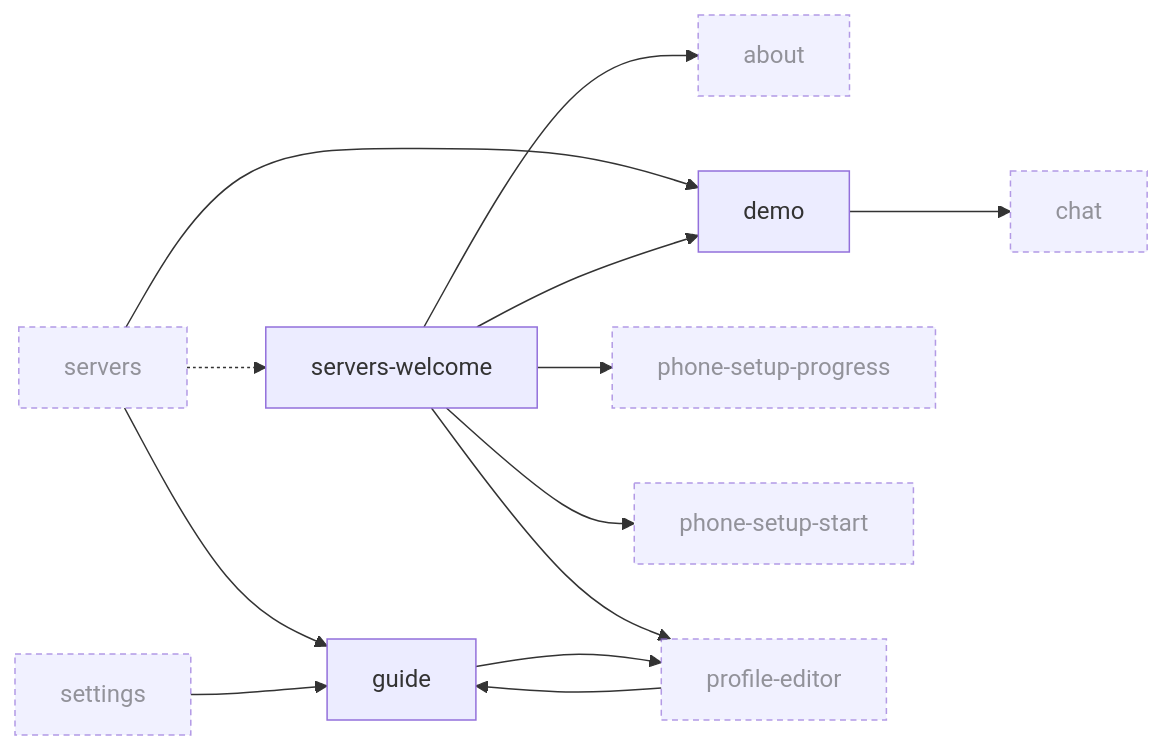
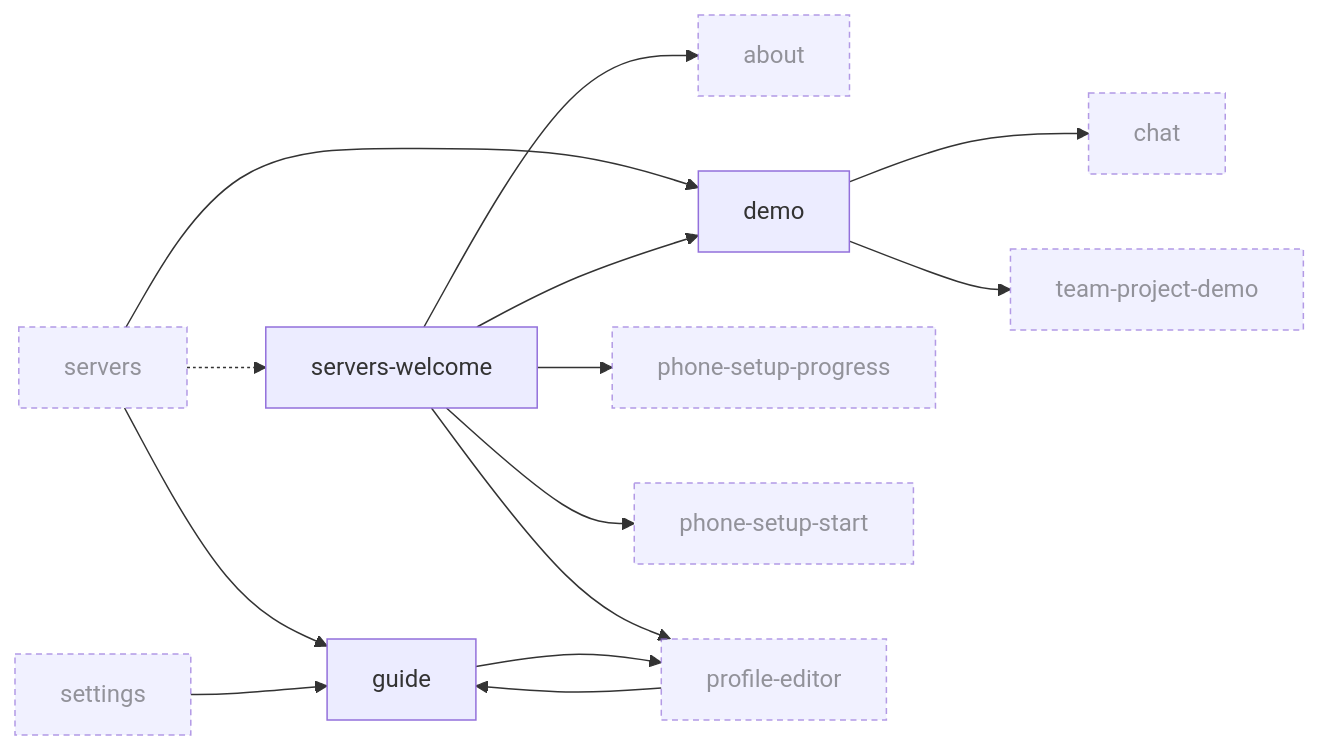
One commit to Breskott/opencode-mobile-next changed the ninth of 10 diagrams in docs/design/ui-ledger/navigation.md. Above: the diagram before and after it, drawn with Mermaid. The commit also changed other lines of this file and 22 other files, not shown here.

Commit message:
Connect project demo navigation and drain profile data safely [skip ci]

````diff
--- a/docs/design/ui-ledger/navigation.md
+++ b/docs/design/ui-ledger/navigation.md
@@ -1258,26 +1295,28 @@
 ```mermaid
 graph LR
   about["about"]:::ext
   chat["chat"]:::ext
   demo["demo"]
   guide["guide"]
   phone_setup_progress["phone-setup-progress"]:::ext
   phone_setup_start["phone-setup-start"]:::ext
   profile_editor["profile-editor"]:::ext
   servers["servers"]:::ext
   servers_welcome["servers-welcome"]
   settings["settings"]:::ext
+  team_project_demo["team-project-demo"]:::ext
   demo --> chat
+  demo --> team_project_demo
   servers --> guide
   servers --> demo
   servers_welcome --> about
   servers_welcome --> profile_editor
   servers_welcome --> phone_setup_start
   servers_welcome --> demo
   profile_editor --> guide
   settings --> guide
   guide --> profile_editor
   servers -.-> servers_welcome
   servers_welcome --> phone_setup_progress
   classDef ext stroke-dasharray: 4 3,opacity:0.7
 ```
````
